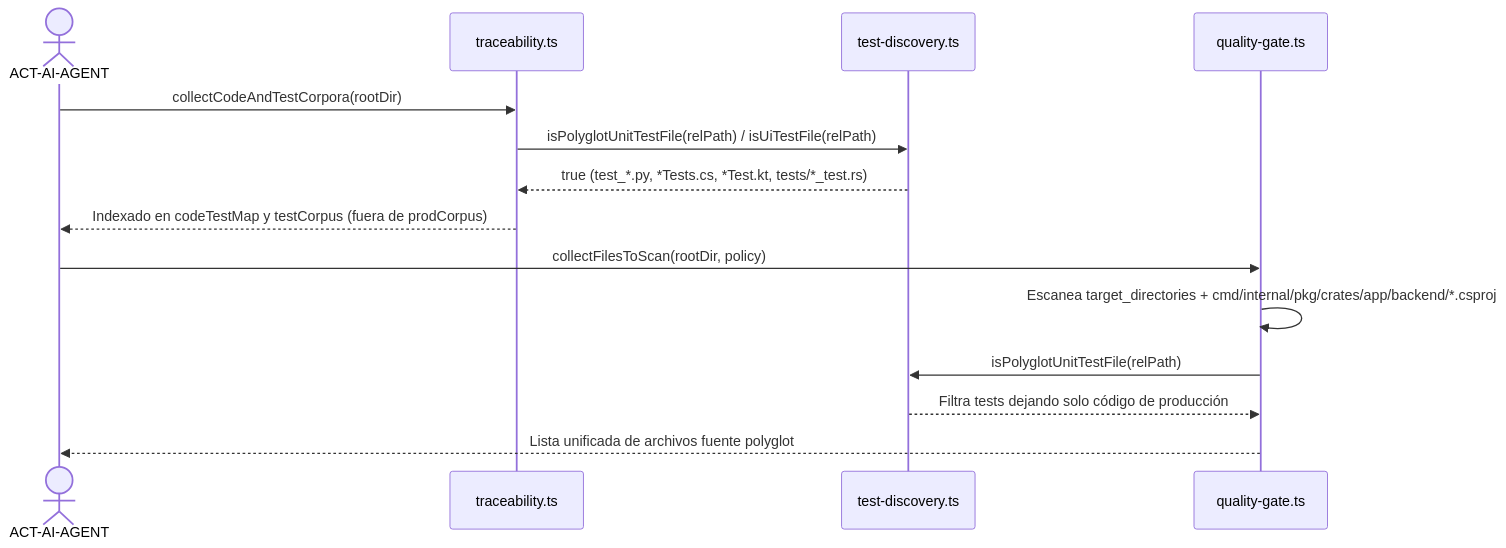
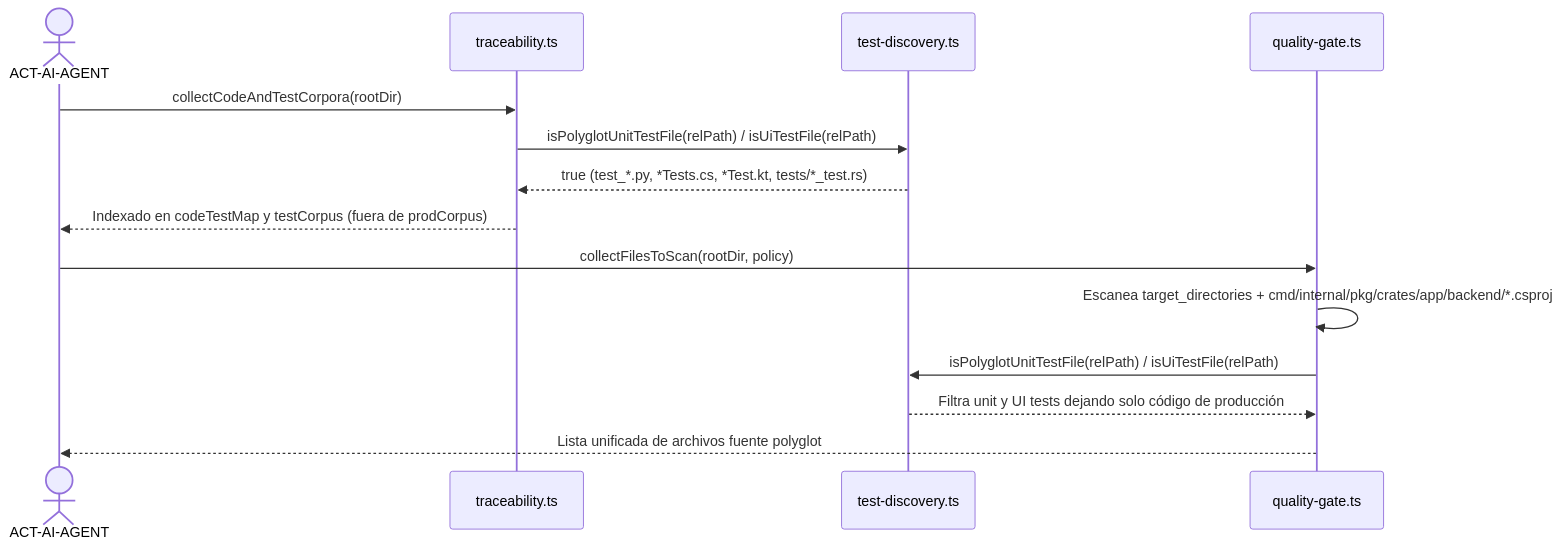
One commit to altromon/AI-SDLC changed the second of 2 diagrams in specs/architecture/CMP-077-POLYGLOT-VERIFY-PARITY.md. Above: the diagram before and after it, drawn with Mermaid. The commit also changed other lines of this file and 10 other files, not shown here.

````diff
--- a/specs/architecture/CMP-077-POLYGLOT-VERIFY-PARITY.md
+++ b/specs/architecture/CMP-077-POLYGLOT-VERIFY-PARITY.md
@@ -82,18 +82,18 @@
 ```mermaid
 sequenceDiagram
     actor Agent as ACT-AI-AGENT
     participant TR as traceability.ts
     participant TD as test-discovery.ts
     participant QG as quality-gate.ts
 
     Agent->>TR: collectCodeAndTestCorpora(rootDir)
     TR->>TD: isPolyglotUnitTestFile(relPath) / isUiTestFile(relPath)
     TD-->>TR: true (test_*.py, *Tests.cs, *Test.kt, tests/*_test.rs)
     TR-->>Agent: Indexado en codeTestMap y testCorpus (fuera de prodCorpus)
 
     Agent->>QG: collectFilesToScan(rootDir, policy)
     QG->>QG: Escanea target_directories + cmd/internal/pkg/crates/app/backend/*.csproj
-    QG->>TD: isPolyglotUnitTestFile(relPath)
-    TD-->>QG: Filtra tests dejando solo código de producción
+    QG->>TD: isPolyglotUnitTestFile(relPath) / isUiTestFile(relPath)
+    TD-->>QG: Filtra unit y UI tests dejando solo código de producción
     QG-->>Agent: Lista unificada de archivos fuente polyglot
 ```
````
